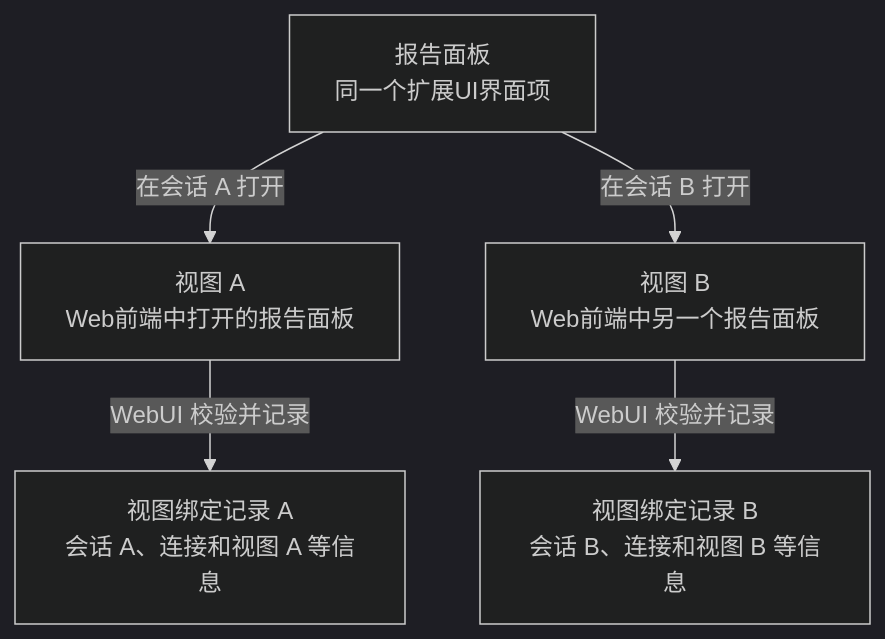
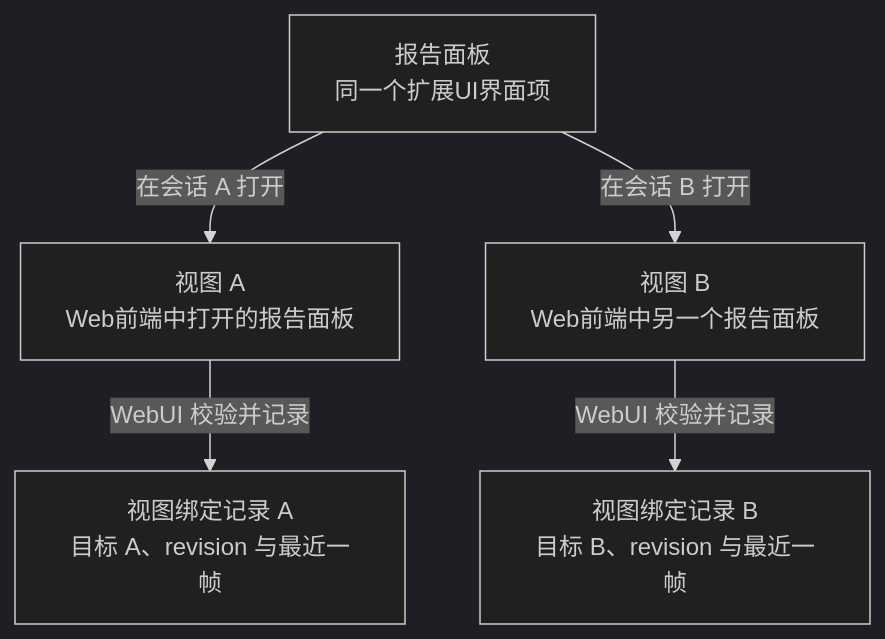
The second of 12 diagrams in jiuwenswarm/extensions_v2/docs/designs/extensions-v2-architecture.md (openJiuwen-ai/jiuwenswarm), drawn with Mermaid (dark theme) before and after one commit. The commit also changed other lines of this file and 3 other files, not shown here.

````diff
--- a/jiuwenswarm/extensions_v2/docs/designs/extensions-v2-architecture.md
+++ b/jiuwenswarm/extensions_v2/docs/designs/extensions-v2-architecture.md
@@ -120,7 +120,7 @@
 ```mermaid
 flowchart TB
     C["报告面板<br/>同一个扩展UI界面项"] -->|在会话 A 打开| VA["视图 A<br/>Web前端中打开的报告面板"]
     C -->|在会话 B 打开| VB["视图 B<br/>Web前端中另一个报告面板"]
-    VA -->|WebUI 校验并记录| BA["视图绑定记录 A<br/>会话 A、连接和视图 A 等信息"]
-    VB -->|WebUI 校验并记录| BB["视图绑定记录 B<br/>会话 B、连接和视图 B 等信息"]
+    VA -->|WebUI 校验并记录| BA["视图绑定记录 A<br/>目标 A、revision 与最近一帧"]
+    VB -->|WebUI 校验并记录| BB["视图绑定记录 B<br/>目标 B、revision 与最近一帧"]
 ```
````
